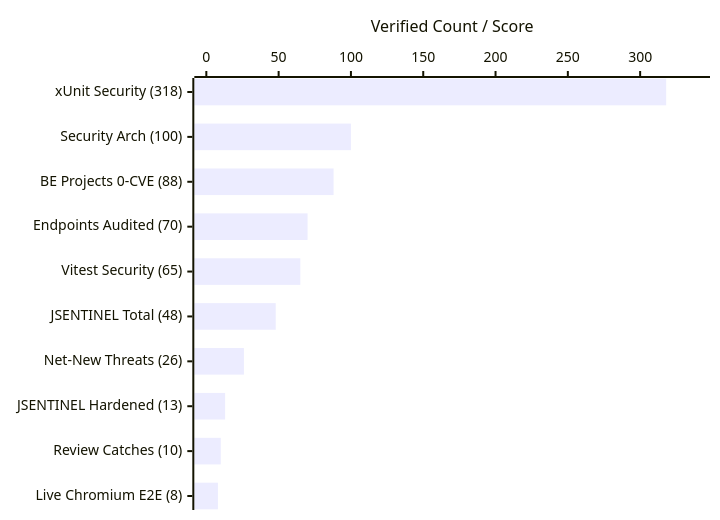
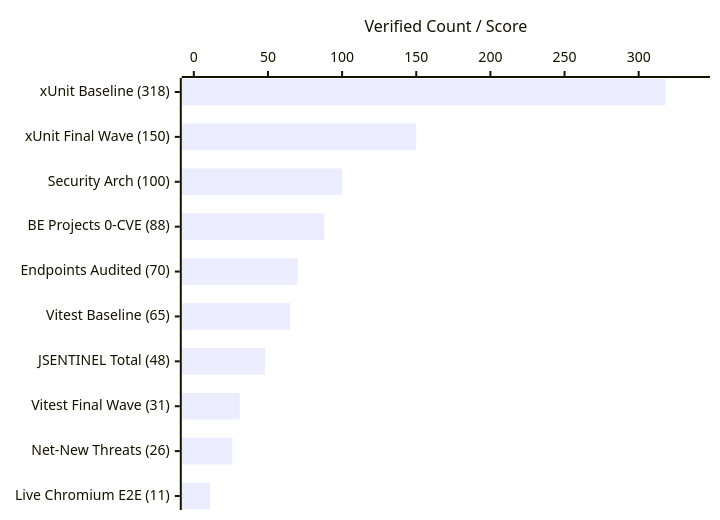
One commit to SCRIPE-org/SCRIPE-Docs-Portal changed the diagram in public/archify-hub/specs/enterprise-security-assurance-platform-hardening.archify.md. Above: the diagram before and after it, drawn with Mermaid. The commit also changed other lines of this file and 6 other files, not shown here.

Commit message:
docs(archify): synchronize security assurance and central federation explainers with final closures

````diff
--- a/public/archify-hub/specs/enterprise-security-assurance-platform-hardening.archify.md
+++ b/public/archify-hub/specs/enterprise-security-assurance-platform-hardening.archify.md
@@ -22,6 +22,6 @@
 ```mermaid title="Verified Enterprise Security Assurance Reconciliation, Threat Closure & Test Scoreboard"
 xychart-beta horizontal
-  x-axis ["xUnit Security (318)", "Security Arch (100)", "BE Projects 0-CVE (88)", "Endpoints Audited (70)", "Vitest Security (65)", "JSENTINEL Total (48)", "Net-New Threats (26)", "JSENTINEL Hardened (13)", "Review Catches (10)", "Live Chromium E2E (8)"]
+  x-axis ["xUnit Baseline (318)", "xUnit Final Wave (150)", "Security Arch (100)", "BE Projects 0-CVE (88)", "Endpoints Audited (70)", "Vitest Baseline (65)", "JSENTINEL Total (48)", "Vitest Final Wave (31)", "Net-New Threats (26)", "Live Chromium E2E (11)"]
   y-axis "Verified Count / Score" 0 --> 340
-  bar "Verified Metric" [318, 100, 88, 70, 65, 48, 26, 13, 10, 8]
+  bar "Verified Metric" [318, 150, 100, 88, 70, 65, 48, 31, 26, 11]
 ```
````
